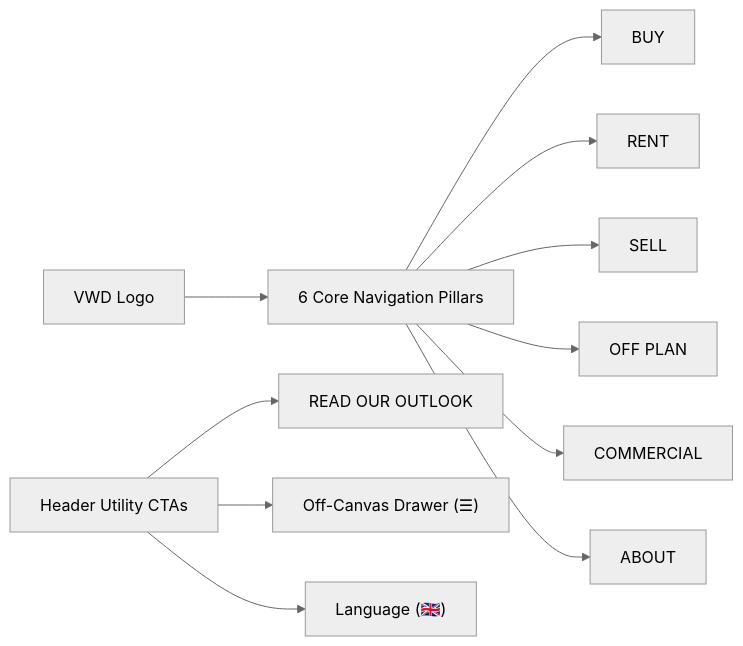
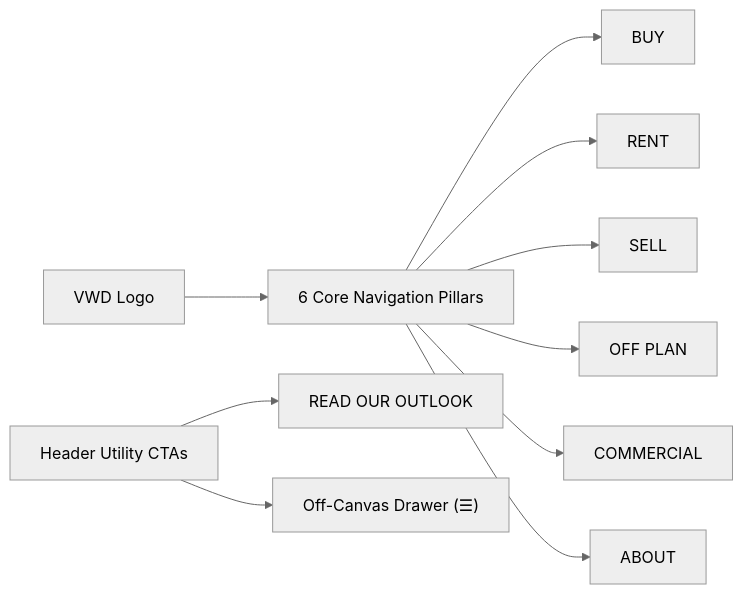
The first of 2 diagrams in docs/blueprint.md (manu-gitxen/vwd_real_estate), drawn with Mermaid (neutral theme) before and after one commit. The commit also changed other lines of this file and 9 other files, not shown here.

````diff
--- a/docs/blueprint.md
+++ b/docs/blueprint.md
@@ -34,13 +34,12 @@
 ```mermaid
 graph LR
     Logo["VWD Logo"] --> Nav["6 Core Navigation Pillars"]
     Nav --> Buy["BUY"]
     Nav --> Rent["RENT"]
     Nav --> Sell["SELL"]
     Nav --> OffPlan["OFF PLAN"]
     Nav --> Commercial["COMMERCIAL"]
     Nav --> About["ABOUT"]
     Actions["Header Utility CTAs"] --> Outlook["READ OUR OUTLOOK"]
     Actions --> Drawer["Off-Canvas Drawer (☰)"]
-    Actions --> Lang["Language (🇬🇧)"]
 ```
````
